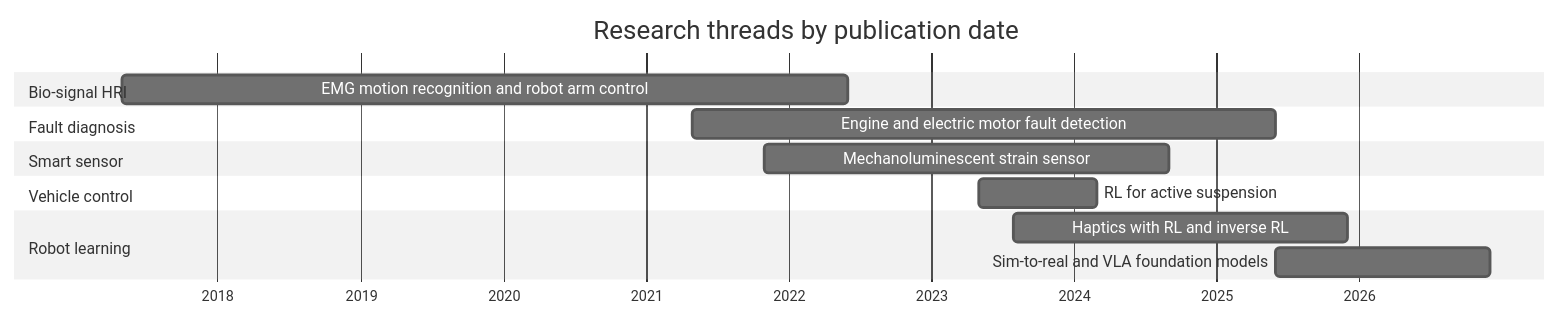
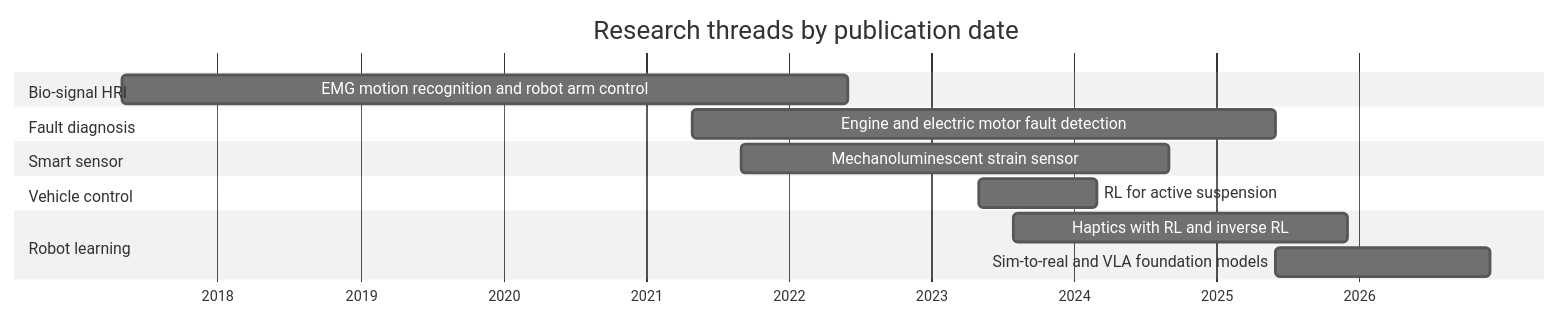
Before and after one commit to ydg1021/ydg1021: the diagram in README.md, drawn with Mermaid (neutral theme).

Commit message:
Set the start of the sensor work to September 2021

````diff
--- a/README.md
+++ b/README.md
@@ -77,18 +77,18 @@
 ```mermaid
 gantt
     title Research threads by publication date
     dateFormat YYYY-MM
     axisFormat %Y
     todayMarker off
     section Bio-signal HRI
     EMG motion recognition and robot arm control :2017-05, 2022-06
     section Fault diagnosis
     Engine and electric motor fault detection :2021-05, 2025-06
     section Smart sensor
-    Mechanoluminescent strain sensor :2021-11, 2024-09
+    Mechanoluminescent strain sensor :2021-09, 2024-09
     section Vehicle control
     RL for active suspension :2023-05, 2024-03
     section Robot learning
     Haptics with RL and inverse RL :2023-08, 2025-12
     Sim-to-real and VLA foundation models :2025-06, 2026-12
 ```
````
